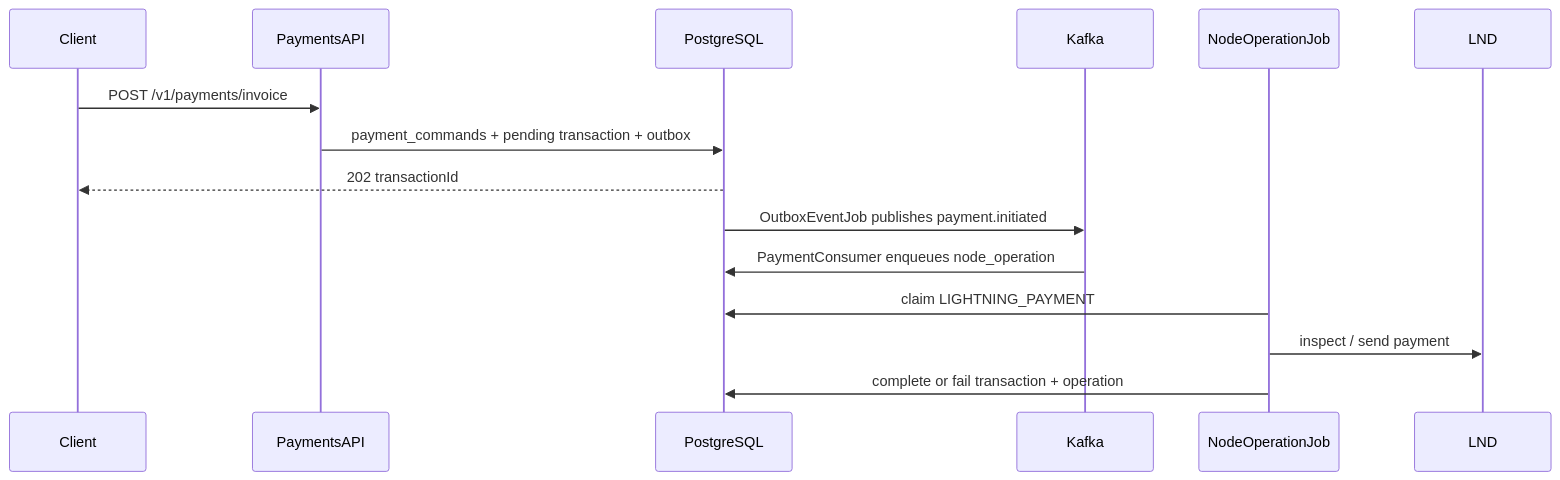
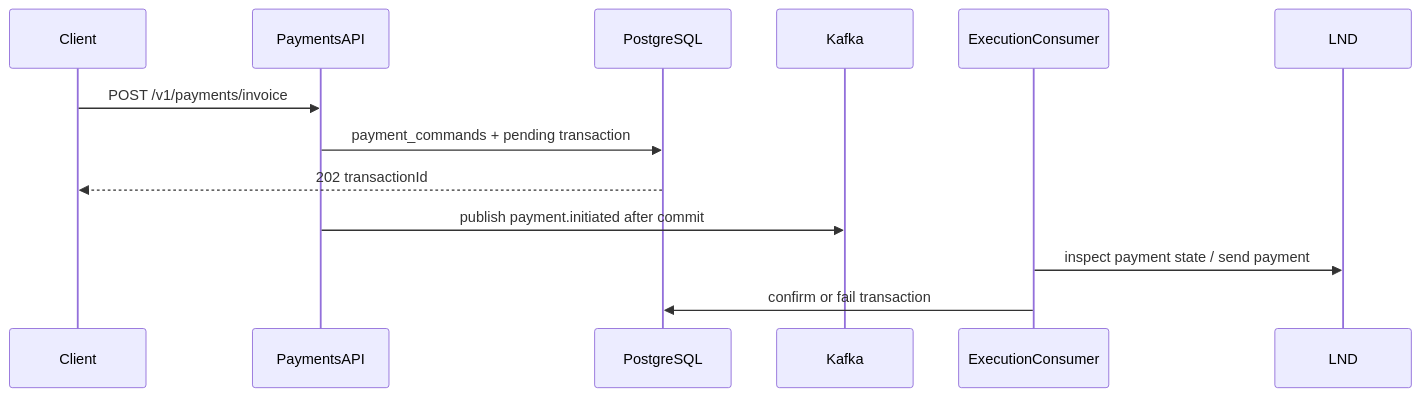
Before and after one commit to DiegoYegros/aratiri: the second of 2 diagrams in README.md, drawn with Mermaid. The commit also changed other lines of this file and 9 other files, not shown here.

First line of the commit message:
docs(architecture): align README, AGENTS, configuration, ADRs with event-driven flow

````diff
--- a/README.md
+++ b/README.md
@@ -94,18 +95,16 @@
 ```mermaid
 sequenceDiagram
     participant Client
     participant API as PaymentsAPI
     participant DB as PostgreSQL
     participant Kafka
-    participant Worker as NodeOperationJob
+    participant Consumer as ExecutionConsumer
     participant LND
 
     Client->>API: POST /v1/payments/invoice
-    API->>DB: payment_commands + pending transaction + outbox
+    API->>DB: payment_commands + pending transaction
     DB-->>Client: 202 transactionId
-    DB->>Kafka: OutboxEventJob publishes payment.initiated
-    Kafka->>DB: PaymentConsumer enqueues node_operation
-    Worker->>DB: claim LIGHTNING_PAYMENT
-    Worker->>LND: inspect / send payment
-    Worker->>DB: complete or fail transaction + operation
+    API->>Kafka: publish payment.initiated after commit
+    Consumer->>LND: inspect payment state / send payment
+    Consumer->>DB: confirm or fail transaction
 ```
````
